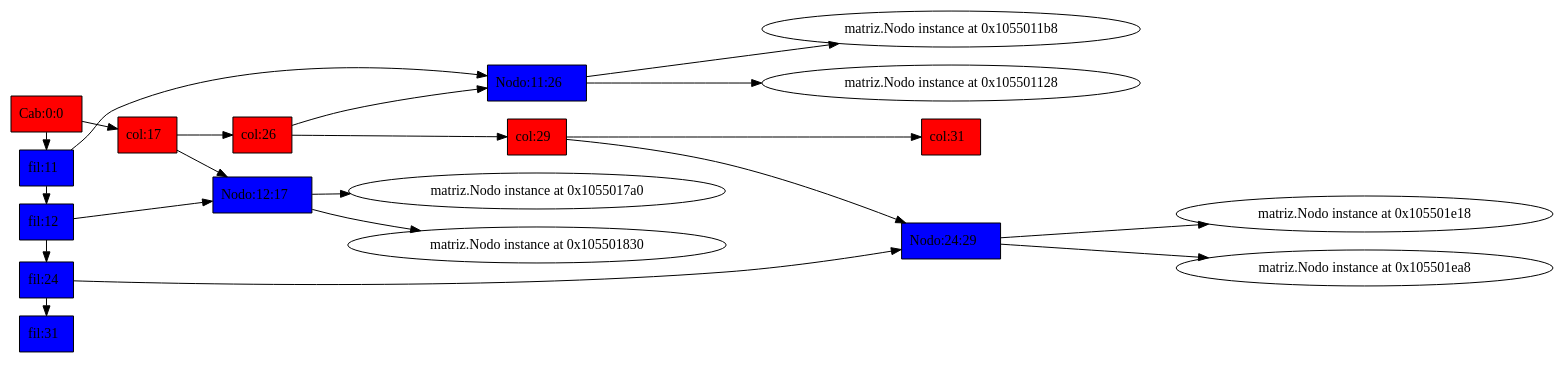
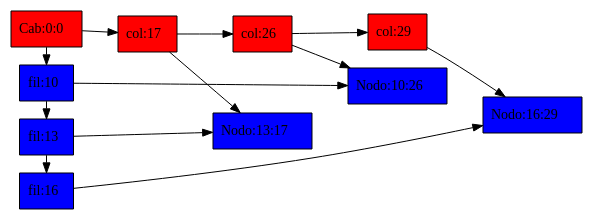
Before and after one commit to leonelyutu/ProyectoJunio2017_200819281: the diagram in web/barcojugador1.dot, drawn with Graphviz. The commit also changed 130 other files, not shown here.

```diff
--- a/web/barcojugador1.dot
+++ b/web/barcojugador1.dot
@@ -1,29 +1,22 @@
 digraph g{
 rankdir=LR
-<matriz.Nodo instance at 0x1054f0488>[label =<Cab:0:0> shape =box, style=filled, fillcolor=red] 
-<matriz.Nodo instance at 0x105501878>[label =<col:17> shape =box, style=filled, fillcolor=red] 
-<matriz.Nodo instance at 0x105501200>[label =<col:26> shape =box, style=filled, fillcolor=red] 
-<matriz.Nodo instance at 0x105501ef0>[label =<col:29> shape =box, style=filled, fillcolor=red] 
-<matriz.Nodo instance at 0x1054f0440>[label =<col:31> shape =box, style=filled, fillcolor=red] 
-<matriz.Nodo instance at 0x1054f0488>-><matriz.Nodo instance at 0x105501878><matriz.Nodo instance at 0x105501878>-><matriz.Nodo instance at 0x105501200><matriz.Nodo instance at 0x105501200>-><matriz.Nodo instance at 0x105501ef0><matriz.Nodo instance at 0x105501ef0>-><matriz.Nodo instance at 0x1054f0440><matriz.Nodo instance at 0x105501170>[label = <fil:11> shape =box, style=filled, fillcolor=blue] 
-<matriz.Nodo instance at 0x1055017e8>[label = <fil:12> shape =box, style=filled, fillcolor=blue] 
-<matriz.Nodo instance at 0x105501e60>[label = <fil:24> shape =box, style=filled, fillcolor=blue] 
-<matriz.Nodo instance at 0x1054f03f8>[label = <fil:31> shape =box, style=filled, fillcolor=blue] 
-<matriz.Nodo instance at 0x1054f0488>-><matriz.Nodo instance at 0x105501170><matriz.Nodo instance at 0x105501170>-><matriz.Nodo instance at 0x1055017e8><matriz.Nodo instance at 0x1055017e8>-><matriz.Nodo instance at 0x105501e60><matriz.Nodo instance at 0x105501e60>-><matriz.Nodo instance at 0x1054f03f8>subgraph{
-rank = same;<matriz.Nodo instance at 0x1054f0488>;<matriz.Nodo instance at 0x1055017e8><matriz.Nodo instance at 0x105501170>;<matriz.Nodo instance at 0x1055017e8><matriz.Nodo instance at 0x1055017e8>;<matriz.Nodo instance at 0x105501e60><matriz.Nodo instance at 0x105501e60>;<matriz.Nodo instance at 0x1054f03f8>}
-<matriz.Nodo instance at 0x105501170>-><matriz.Nodo instance at 0x105501248>
-<matriz.Nodo instance at 0x105501248>[label = <Nodo:11:26> shape =box, style=filled, fillcolor=blue] 
-<matriz.Nodo instance at 0x1055017e8>-><matriz.Nodo instance at 0x1055018c0>
-<matriz.Nodo instance at 0x1055018c0>[label = <Nodo:12:17> shape =box, style=filled, fillcolor=blue] 
-<matriz.Nodo instance at 0x105501e60>-><matriz.Nodo instance at 0x105501f38>
-<matriz.Nodo instance at 0x105501f38>[label = <Nodo:24:29> shape =box, style=filled, fillcolor=blue] 
-<matriz.Nodo instance at 0x105501248>-><matriz.Nodo instance at 0x105501128>
-<matriz.Nodo instance at 0x1055018c0>-><matriz.Nodo instance at 0x1055017a0>
-<matriz.Nodo instance at 0x105501f38>-><matriz.Nodo instance at 0x105501e18>
-<matriz.Nodo instance at 0x105501878>-><matriz.Nodo instance at 0x1055018c0>
-<matriz.Nodo instance at 0x1055018c0>-><matriz.Nodo instance at 0x105501830>
-<matriz.Nodo instance at 0x105501200>-><matriz.Nodo instance at 0x105501248>
-<matriz.Nodo instance at 0x105501248>-><matriz.Nodo instance at 0x1055011b8>
-<matriz.Nodo instance at 0x105501ef0>-><matriz.Nodo instance at 0x105501f38>
-<matriz.Nodo instance at 0x105501f38>-><matriz.Nodo instance at 0x105501ea8>
+<matriz.Nodo instance at 0x11018b128>[label =<Cab:0:0> shape =box, style=filled, fillcolor=red] 
+<matriz.Nodo instance at 0x110186e60>[label =<col:17> shape =box, style=filled, fillcolor=red] 
+<matriz.Nodo instance at 0x11018bb48>[label =<col:26> shape =box, style=filled, fillcolor=red] 
+<matriz.Nodo instance at 0x110186b48>[label =<col:29> shape =box, style=filled, fillcolor=red] 
+<matriz.Nodo instance at 0x11018b128>-><matriz.Nodo instance at 0x110186e60><matriz.Nodo instance at 0x110186e60>-><matriz.Nodo instance at 0x11018bb48><matriz.Nodo instance at 0x11018bb48>-><matriz.Nodo instance at 0x110186b48>
+<matriz.Nodo instance at 0x11018bb00>[label = <fil:10> shape =box, style=filled, fillcolor=blue] 
+<matriz.Nodo instance at 0x110186758>[label = <fil:13> shape =box, style=filled, fillcolor=blue] 
+<matriz.Nodo instance at 0x110186b00>[label = <fil:16> shape =box, style=filled, fillcolor=blue] 
+<matriz.Nodo instance at 0x11018b128>-><matriz.Nodo instance at 0x11018bb00><matriz.Nodo instance at 0x11018bb00>-><matriz.Nodo instance at 0x110186758><matriz.Nodo instance at 0x110186758>-><matriz.Nodo instance at 0x110186b00>subgraph{
+rank = same;<matriz.Nodo instance at 0x11018b128>;<matriz.Nodo instance at 0x110186758><matriz.Nodo instance at 0x11018bb00>;<matriz.Nodo instance at 0x110186758><matriz.Nodo instance at 0x110186758>;<matriz.Nodo instance at 0x110186b00>}
+<matriz.Nodo instance at 0x11018bb00>-><matriz.Nodo instance at 0x11018ba70>
+<matriz.Nodo instance at 0x11018ba70>[label = <Nodo:10:26> shape =box, style=filled, fillcolor=blue] 
+<matriz.Nodo instance at 0x110186758>-><matriz.Nodo instance at 0x110186050>
+<matriz.Nodo instance at 0x110186050>[label = <Nodo:13:17> shape =box, style=filled, fillcolor=blue] 
+<matriz.Nodo instance at 0x110186b00>-><matriz.Nodo instance at 0x1101867e8>
+<matriz.Nodo instance at 0x1101867e8>[label = <Nodo:16:29> shape =box, style=filled, fillcolor=blue] 
+<matriz.Nodo instance at 0x110186e60>-><matriz.Nodo instance at 0x110186050>
+<matriz.Nodo instance at 0x11018bb48>-><matriz.Nodo instance at 0x11018ba70>
+<matriz.Nodo instance at 0x110186b48>-><matriz.Nodo instance at 0x1101867e8>
 }
```
